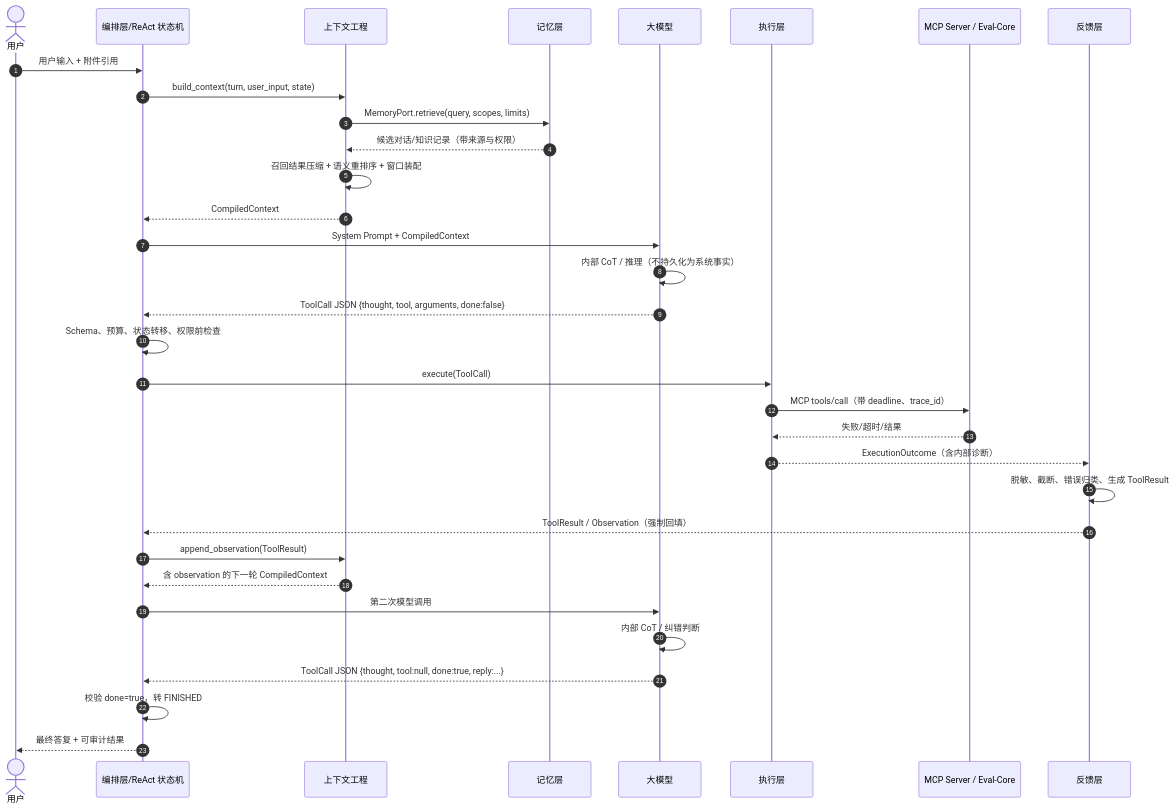
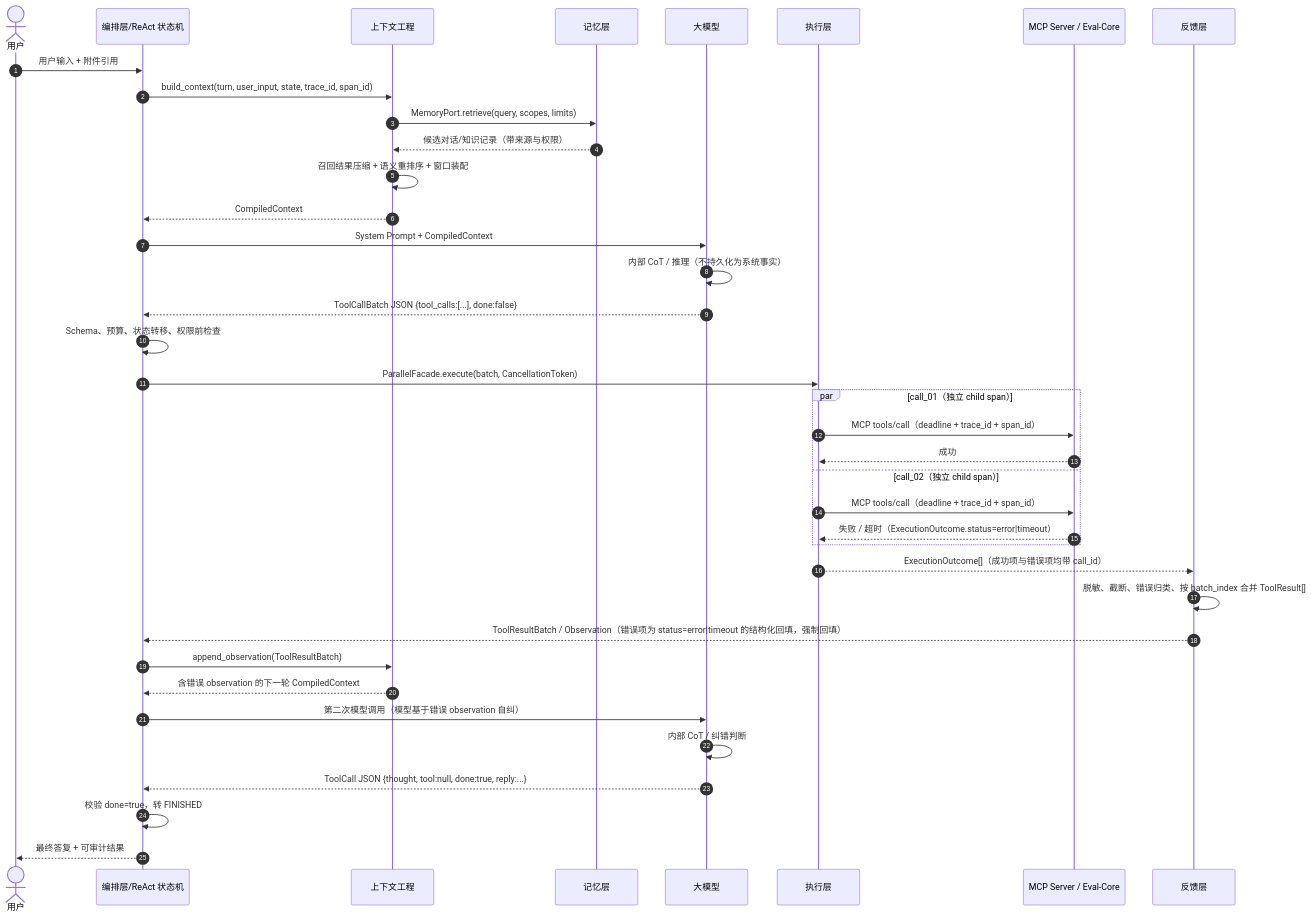
The second of 2 diagrams in docs/AI测试与评估平台-Harness六层ReAct核心架构设计.md (Rue1218/ai-eval-platform), drawn with Mermaid before and after one commit. The commit also changed other lines of this file, not shown here.

````diff
--- a/docs/AI测试与评估平台-Harness六层ReAct核心架构设计.md
+++ b/docs/AI测试与评估平台-Harness六层ReAct核心架构设计.md
@@ -59,36 +68,41 @@
 ```mermaid
 sequenceDiagram
     autonumber
     actor U as 用户
     participant O as 编排层/ReAct 状态机
     participant C as 上下文工程
     participant M as 记忆层
     participant L as 大模型
     participant X as 执行层
     participant S as MCP Server / Eval-Core
     participant F as 反馈层
 
     U->>O: 用户输入 + 附件引用
-    O->>C: build_context(turn, user_input, state)
+    O->>C: build_context(turn, user_input, state, trace_id, span_id)
     C->>M: MemoryPort.retrieve(query, scopes, limits)
     M-->>C: 候选对话/知识记录（带来源与权限）
     C->>C: 召回结果压缩 + 语义重排序 + 窗口装配
     C-->>O: CompiledContext
     O->>L: System Prompt + CompiledContext
     L->>L: 内部 CoT / 推理（不持久化为系统事实）
-    L-->>O: ToolCall JSON {thought, tool, arguments, done:false}
+    L-->>O: ToolCallBatch JSON {tool_calls:[...], done:false}
     O->>O: Schema、预算、状态转移、权限前检查
-    O->>X: execute(ToolCall)
-    X->>S: MCP tools/call（带 deadline、trace_id）
-    S-->>X: 失败/超时/结果
-    X-->>F: ExecutionOutcome（含内部诊断）
-    F->>F: 脱敏、截断、错误归类、生成 ToolResult
-    F-->>O: ToolResult / Observation（强制回填）
-    O->>C: append_observation(ToolResult)
-    C-->>O: 含 observation 的下一轮 CompiledContext
-    O->>L: 第二次模型调用
+    O->>X: ParallelFacade.execute(batch, CancellationToken)
+    par call_01（独立 child span）
+        X->>S: MCP tools/call（deadline + trace_id + span_id）
+        S-->>X: 成功
+    and call_02（独立 child span）
+        X->>S: MCP tools/call（deadline + trace_id + span_id）
+        S-->>X: 失败 / 超时（ExecutionOutcome.status=error|timeout）
+    end
+    X-->>F: ExecutionOutcome[]（成功项与错误项均带 call_id）
+    F->>F: 脱敏、截断、错误归类、按 batch_index 合并 ToolResult[]
+    F-->>O: ToolResultBatch / Observation（错误项为 status=error|timeout 的结构化回填，强制回填）
+    O->>C: append_observation(ToolResultBatch)
+    C-->>O: 含错误 observation 的下一轮 CompiledContext
+    O->>L: 第二次模型调用（模型基于错误 observation 自纠）
     L->>L: 内部 CoT / 纠错判断
     L-->>O: ToolCall JSON {thought, tool:null, done:true, reply:...}
     O->>O: 校验 done=true，转 FINISHED
     O-->>U: 最终答复 + 可审计结果
 ```
````
